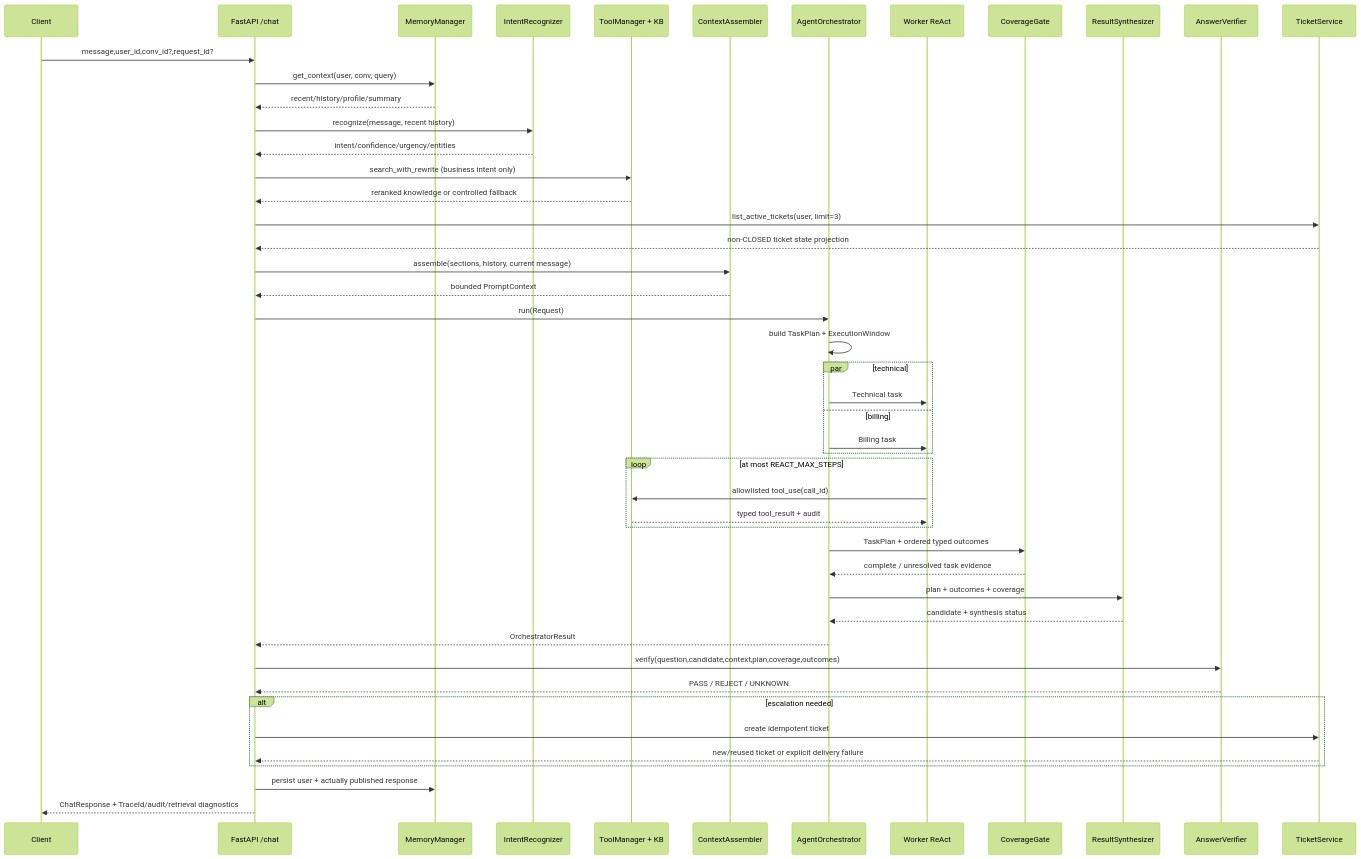
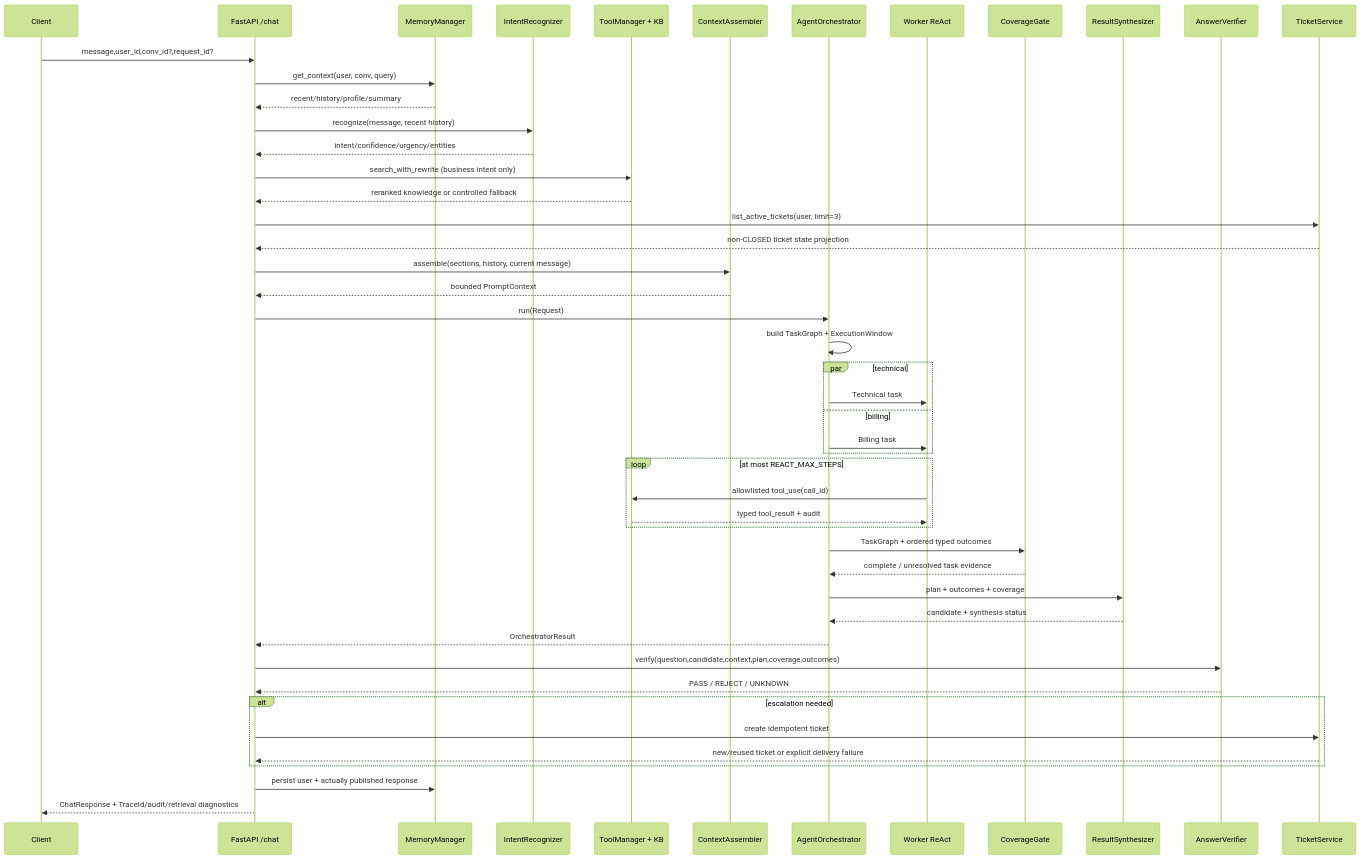
One commit to Garrulus21yyx/DialogPilot changed the second of 11 diagrams in docs/full-architecture-tutorial.zh-CN.md. Above: the diagram before and after it, drawn with Mermaid (forest theme). The commit also changed other lines of this file and 9 other files, not shown here.

````diff
--- a/docs/full-architecture-tutorial.zh-CN.md
+++ b/docs/full-architecture-tutorial.zh-CN.md
@@ -199,51 +202,51 @@
 ```mermaid
 sequenceDiagram
     participant C as Client
     participant A as FastAPI /chat
     participant M as MemoryManager
     participant I as IntentRecognizer
     participant T as ToolManager + KB
     participant X as ContextAssembler
     participant O as AgentOrchestrator
     participant R as Worker ReAct
     participant G as CoverageGate
     participant S as ResultSynthesizer
     participant V as AnswerVerifier
     participant K as TicketService
 
     C->>A: message,user_id,conv_id?,request_id?
     A->>M: get_context(user, conv, query)
     M-->>A: recent/history/profile/summary
     A->>I: recognize(message, recent history)
     I-->>A: intent/confidence/urgency/entities
     A->>T: search_with_rewrite (business intent only)
     T-->>A: reranked knowledge or controlled fallback
     A->>K: list_active_tickets(user, limit=3)
     K-->>A: non-CLOSED ticket state projection
     A->>X: assemble(sections, history, current message)
     X-->>A: bounded PromptContext
     A->>O: run(Request)
-    O->>O: build TaskPlan + ExecutionWindow
+    O->>O: build TaskGraph + ExecutionWindow
     par technical
         O->>R: Technical task
     and billing
         O->>R: Billing task
     end
     loop at most REACT_MAX_STEPS
         R->>T: allowlisted tool_use(call_id)
         T-->>R: typed tool_result + audit
     end
-    O->>G: TaskPlan + ordered typed outcomes
+    O->>G: TaskGraph + ordered typed outcomes
     G-->>O: complete / unresolved task evidence
     O->>S: plan + outcomes + coverage
     S-->>O: candidate + synthesis status
     O-->>A: OrchestratorResult
     A->>V: verify(question,candidate,context,plan,coverage,outcomes)
     V-->>A: PASS / REJECT / UNKNOWN
     alt escalation needed
         A->>K: create idempotent ticket
         K-->>A: new/reused ticket or explicit delivery failure
     end
     A->>M: persist user + actually published response
     A-->>C: ChatResponse + TraceId/audit/retrieval diagnostics
 ```
````
